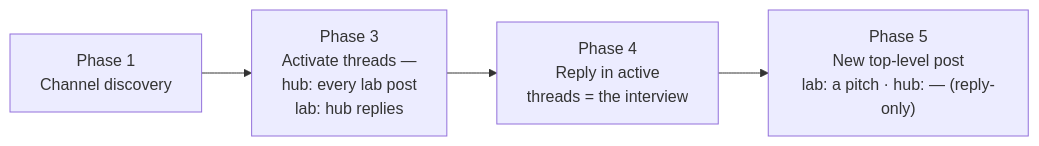
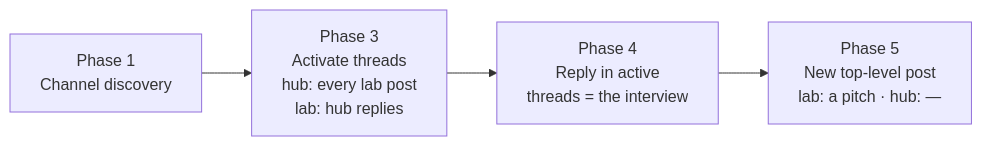
Before and after one commit to SuLab/coPI.science: the second of 3 diagrams in docs/specs/2026-08-07-hub-lab-flow.md, drawn with Mermaid. The commit also changed other lines of this file, not shown here.

First line of the commit message:
docs(specs): restore the flow schematic to the original's shape, updated for the reply-only system

````diff
--- a/docs/specs/2026-08-07-hub-lab-flow.md
+++ b/docs/specs/2026-08-07-hub-lab-flow.md
@@ -60,9 +58,9 @@
 ```mermaid
 flowchart LR
     P1["Phase 1<br/>Channel discovery"]
-    P3["Phase 3<br/>Activate threads —<br/>hub: every lab post<br/>lab: hub replies"]
+    P3["Phase 3<br/>Activate threads<br/>hub: every lab post<br/>lab: hub replies"]
     P4["Phase 4<br/>Reply in active<br/>threads = the interview"]
-    P5["Phase 5<br/>New top-level post<br/>lab: a pitch · hub: — (reply-only)"]
+    P5["Phase 5<br/>New top-level post<br/>lab: a pitch · hub: —"]
 
     P1 --> P3 --> P4 --> P5
 ```
````
